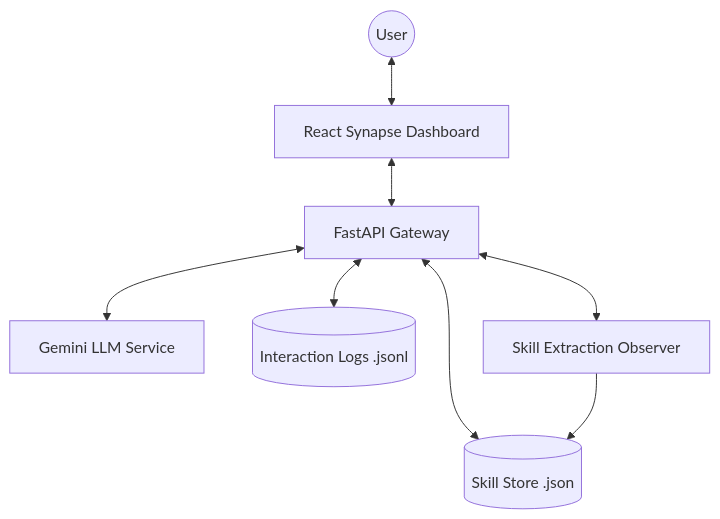
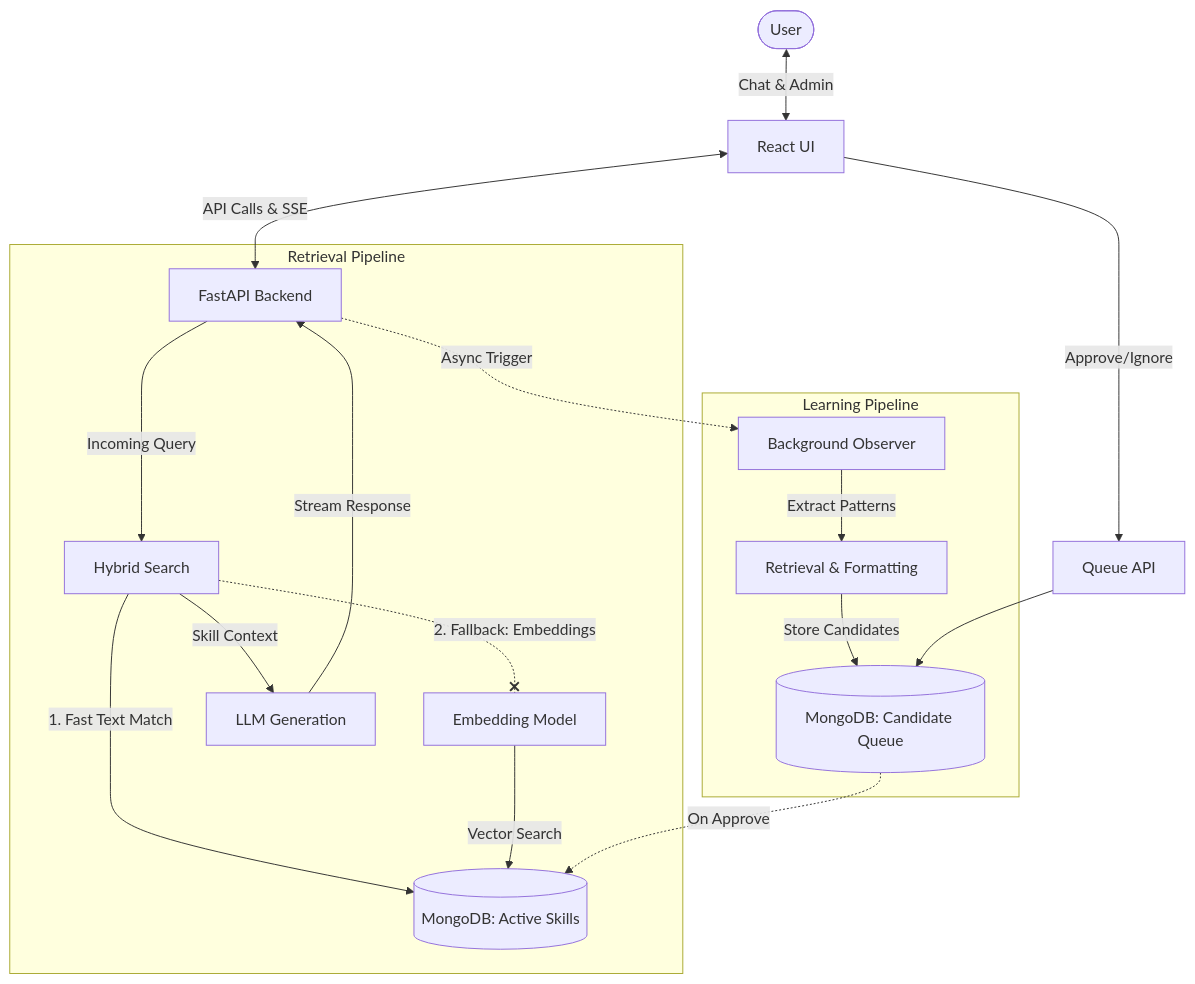
The diagram in README.md (Harsh-1196/agent-skills), drawn with Mermaid before and after one commit. The commit also changed other lines of this file, not shown here.

````diff
--- a/README.md
+++ b/README.md
@@ -25,10 +18,26 @@
 ```mermaid
 graph TD
-    User((User)) <--> UI[React Synapse Dashboard]
-    UI <--> API[FastAPI Gateway]
-    API <--> LLM[Gemini LLM Service]
-    API <--> Memory[(Interaction Logs .jsonl)]
-    API <--> Skills[(Skill Store .json)]
-    API <--> Observer[Skill Extraction Observer]
-    Observer --> Skills
+    User([User]) <-->|Chat & Admin| UI[React UI]
+    
+    UI <-->|API Calls & SSE| API[FastAPI Backend]
+    
+    subgraph Retrieval Pipeline
+        API -->|Incoming Query| Search[Hybrid Search]
+        Search -->|1. Fast Text Match| ActiveDB[(MongoDB: Active Skills)]
+        Search -.-x|2. Fallback: Embeddings| Embed[Embedding Model]
+        Embed -->|Vector Search| ActiveDB
+        Search -->|Skill Context| LLM[LLM Generation]
+    end
+    
+    LLM -->|Stream Response| API
+    
+    subgraph Learning Pipeline
+        API -.->|Async Trigger| Observer[Background Observer]
+        Observer -->|Extract Patterns| Pipeline[Retrieval & Formatting]
+        Pipeline -->|Store Candidates| CandidateDB[(MongoDB: Candidate Queue)]
+    end
+    
+    UI -->|Approve/Ignore| QueueManager[Queue API]
+    QueueManager --> CandidateDB
+    CandidateDB -.->|On Approve| ActiveDB
 ```
````
